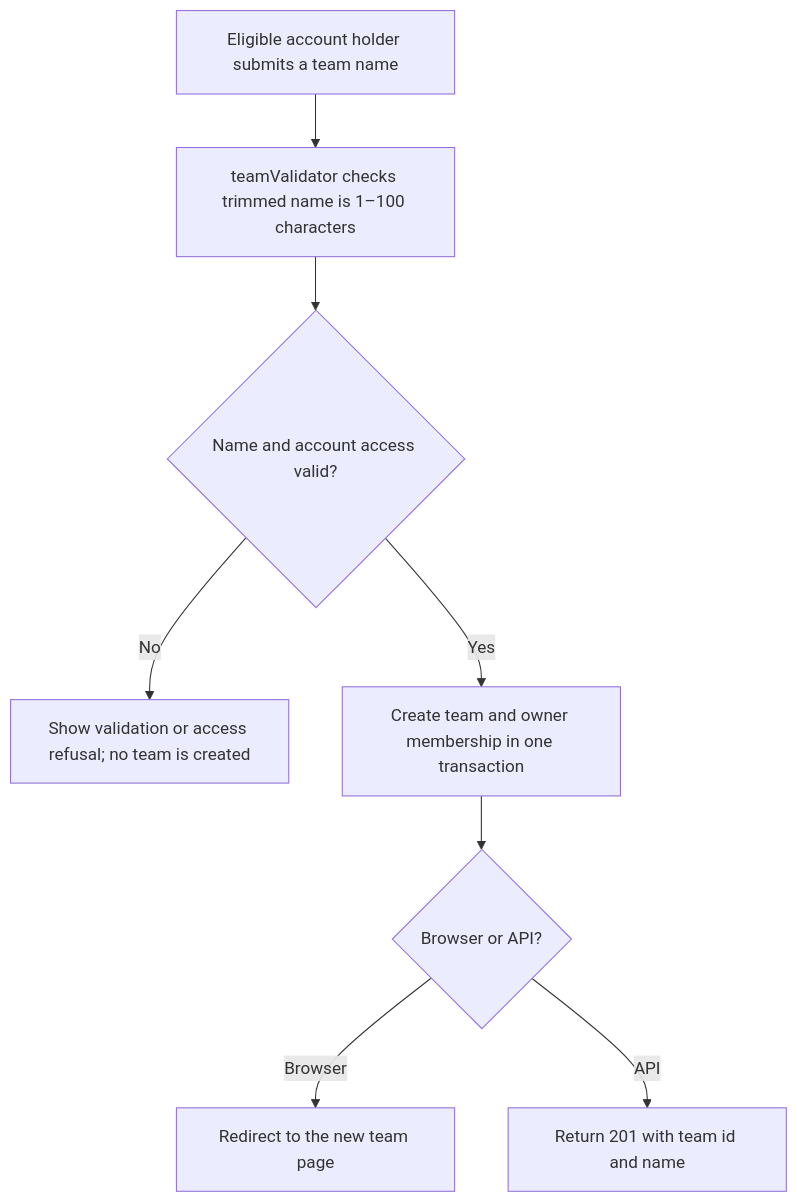
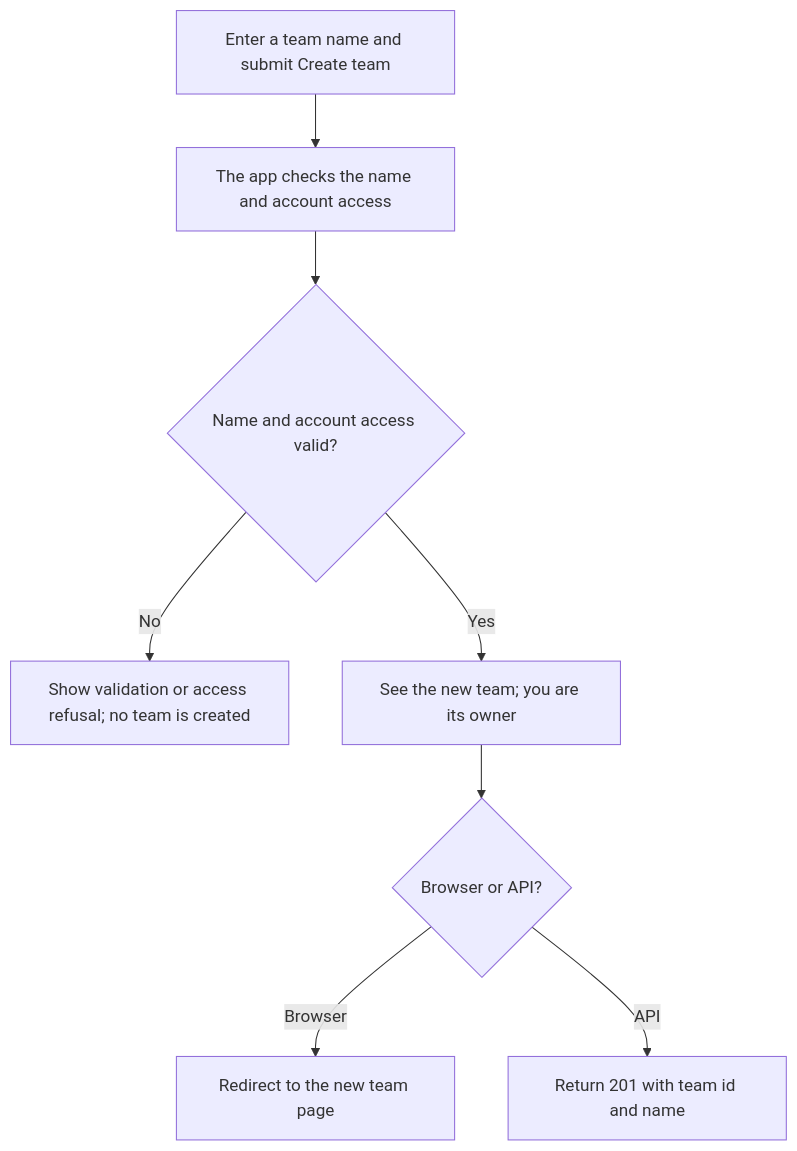
The first of 2 diagrams in user-stories/teams/us-team-01-create-team.md (Kevinjohn/oss-adonisjs-starter-examples), drawn with Mermaid before and after one commit. The commit also changed 29 other files, not shown here.

````diff
--- a/user-stories/teams/us-team-01-create-team.md
+++ b/user-stories/teams/us-team-01-create-team.md
@@ -25,10 +25,10 @@
 ```mermaid
 flowchart TD
-    A["Eligible account holder submits a team name"] --> B["teamValidator checks trimmed name is 1–100 characters"]
+    A["Enter a team name and submit Create team"] --> B["The app checks the name and account access"]
     B --> C{"Name and account access valid?"}
     C -->|No| D["Show validation or access refusal; no team is created"]
-    C -->|Yes| E["Create team and owner membership in one transaction"]
+    C -->|Yes| E["See the new team; you are its owner"]
     E --> F{"Browser or API?"}
     F -->|Browser| G["Redirect to the new team page"]
     F -->|API| H["Return 201 with team id and name"]
 ```
````
